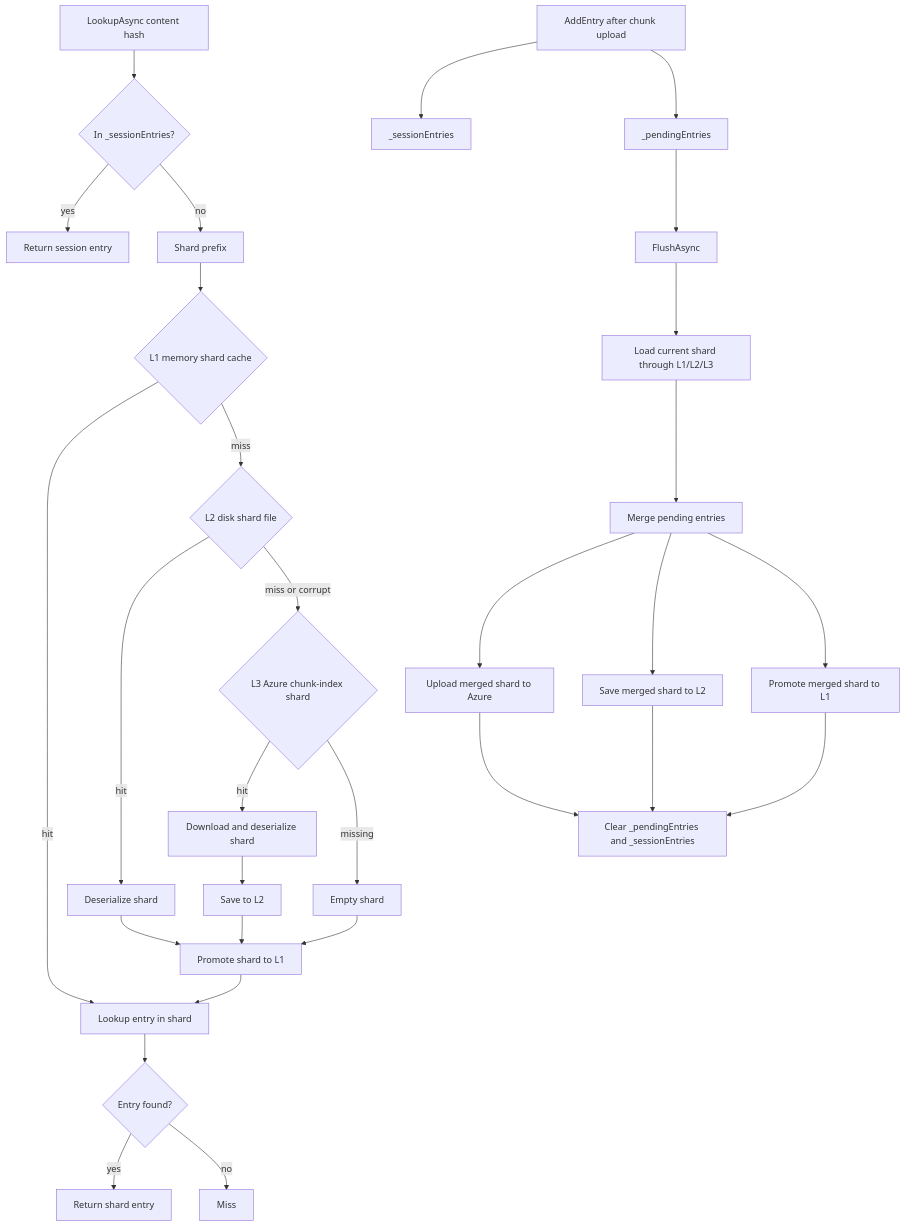
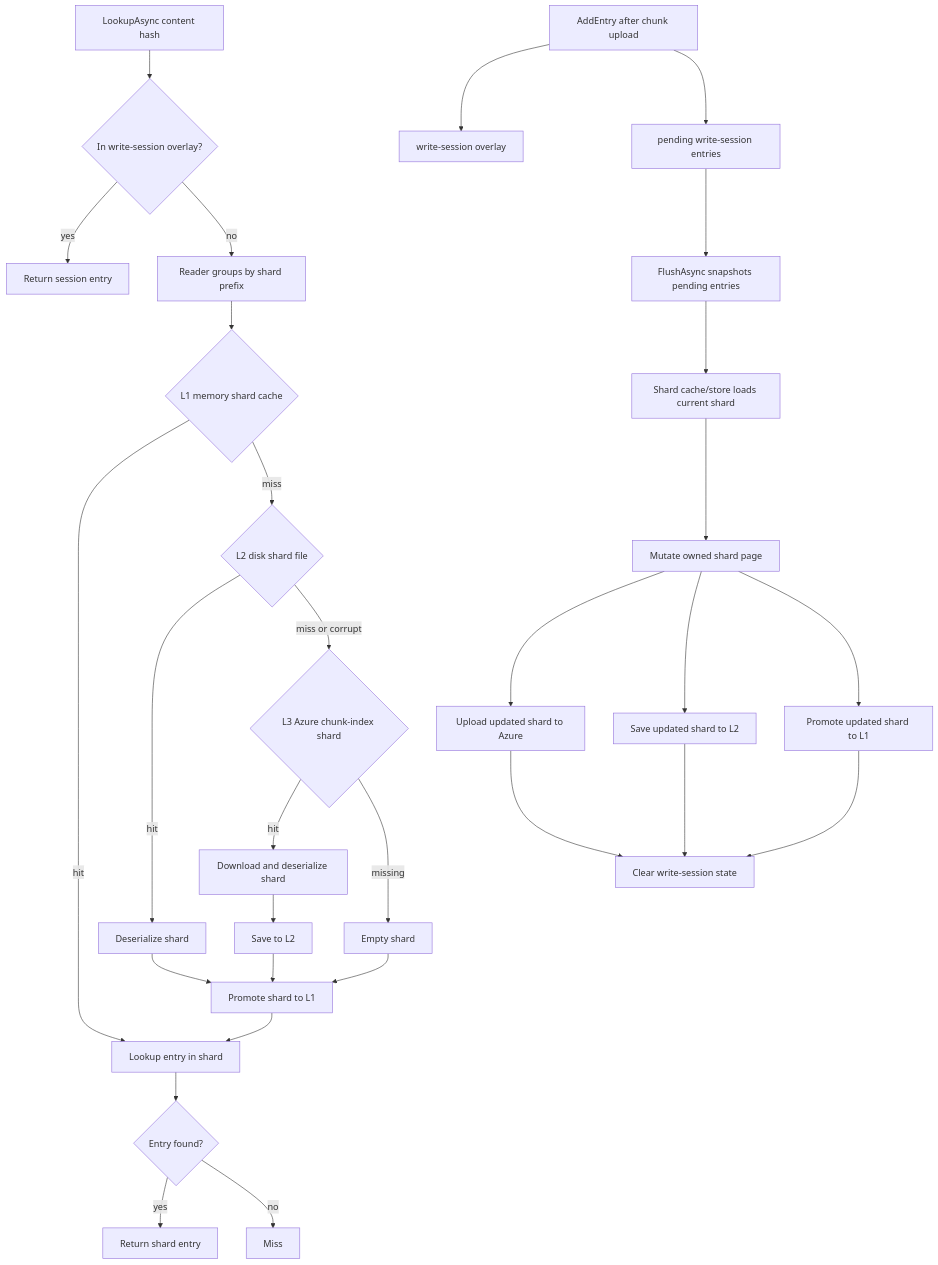
Before and after one commit to woutervanranst/Arius7: the diagram in docs/cache.md, drawn with Mermaid. The commit also changed other lines of this file and 16 other files, not shown here.

````diff
--- a/docs/cache.md
+++ b/docs/cache.md
@@ -125,33 +127,33 @@
 ```mermaid
 flowchart TD
-    A[LookupAsync content hash] --> B{In _sessionEntries?}
+    A[LookupAsync content hash] --> B{In write-session overlay?}
     B -->|yes| C[Return session entry]
-    B -->|no| D[Shard prefix]
+    B -->|no| D[Reader groups by shard prefix]
     D --> E{L1 memory shard cache}
     E -->|hit| F[Lookup entry in shard]
     E -->|miss| G{L2 disk shard file}
     G -->|hit| H[Deserialize shard]
     H --> I[Promote shard to L1]
     I --> F
     G -->|miss or corrupt| J{L3 Azure chunk-index shard}
     J -->|hit| K[Download and deserialize shard]
     K --> L[Save to L2]
     L --> I
     J -->|missing| M[Empty shard]
     M --> I
     F --> N{Entry found?}
     N -->|yes| O[Return shard entry]
     N -->|no| P[Miss]
 
-    Q[AddEntry after chunk upload] --> R[_sessionEntries]
-    Q --> S[_pendingEntries]
-    S --> T[FlushAsync]
-    T --> U[Load current shard through L1/L2/L3]
-    U --> V[Merge pending entries]
-    V --> W[Upload merged shard to Azure]
-    V --> X[Save merged shard to L2]
-    V --> Y[Promote merged shard to L1]
-    W --> Z[Clear _pendingEntries and _sessionEntries]
+    Q[AddEntry after chunk upload] --> R[write-session overlay]
+    Q --> S[pending write-session entries]
+    S --> T[FlushAsync snapshots pending entries]
+    T --> U[Shard cache/store loads current shard]
+    U --> V[Mutate owned shard page]
+    V --> W[Upload updated shard to Azure]
+    V --> X[Save updated shard to L2]
+    V --> Y[Promote updated shard to L1]
+    W --> Z[Clear write-session state]
     X --> Z
     Y --> Z
 ```
````
